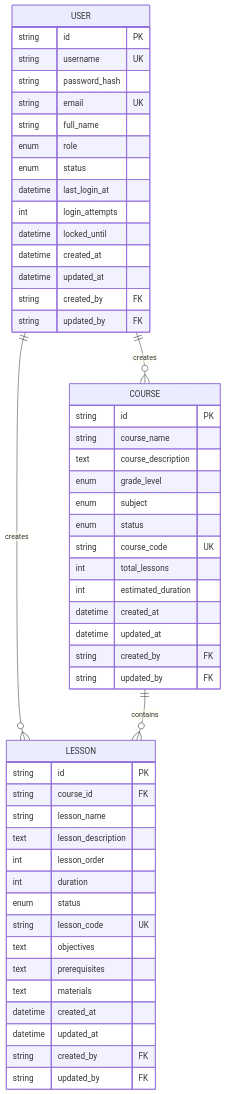
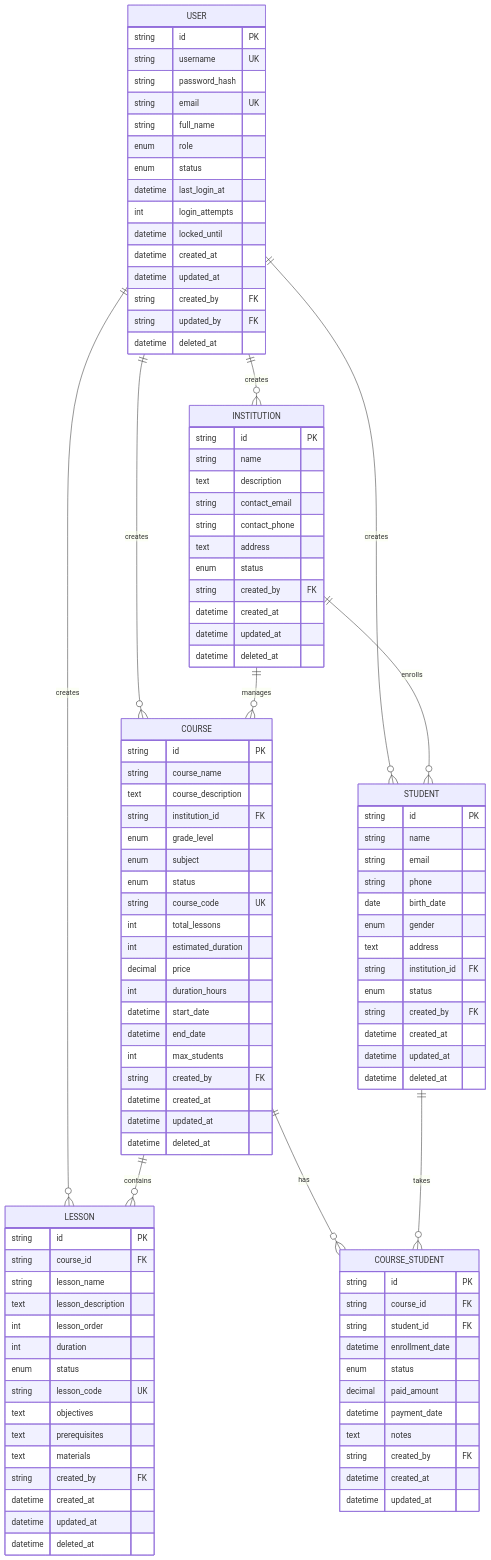
The diagram in .trae/documents/database_design.md (JamesWuVip/wanli-backend4), drawn with Mermaid before and after one commit. The commit also changed other lines of this file and 46 other files, not shown here.

````diff
--- a/.trae/documents/database_design.md
+++ b/.trae/documents/database_design.md
@@ -741,8 +114,14 @@
 ```mermaid
 erDiagram
+    USER ||--o{ INSTITUTION : creates
     USER ||--o{ COURSE : creates
     USER ||--o{ LESSON : creates
+    USER ||--o{ STUDENT : creates
+    INSTITUTION ||--o{ COURSE : manages
+    INSTITUTION ||--o{ STUDENT : enrolls
     COURSE ||--o{ LESSON : contains
+    COURSE ||--o{ COURSE_STUDENT : has
+    STUDENT ||--o{ COURSE_STUDENT : takes
     
     USER {
         string id PK
@@ -759,22 +138,43 @@
         datetime updated_at
         string created_by FK
         string updated_by FK
+        datetime deleted_at
+    }
+    
+    INSTITUTION {
+        string id PK
+        string name
+        text description
+        string contact_email
+        string contact_phone
+        text address
+        enum status
+        string created_by FK
+        datetime created_at
+        datetime updated_at
+        datetime deleted_at
     }
     
     COURSE {
         string id PK
         string course_name
         text course_description
+        string institution_id FK
         enum grade_level
         enum subject
         enum status
         string course_code UK
         int total_lessons
         int estimated_duration
+        decimal price
+        int duration_hours
+        datetime start_date
+        datetime end_date
+        int max_students
+        string created_by FK
         datetime created_at
         datetime updated_at
-        string created_by FK
-        string updated_by FK
+        datetime deleted_at
     }
     
     LESSON {
@@ -789,9 +189,39 @@
         text objectives
         text prerequisites
         text materials
+        string created_by FK
         datetime created_at
         datetime updated_at
+        datetime deleted_at
+    }
+    
+    STUDENT {
+        string id PK
+        string name
+        string email
+        string phone
+        date birth_date
+        enum gender
+        text address
+        string institution_id FK
+        enum status
         string created_by FK
-        string updated_by FK
+        datetime created_at
+        datetime updated_at
+        datetime deleted_at
+    }
+    
+    COURSE_STUDENT {
+        string id PK
+        string course_id FK
+        string student_id FK
+        datetime enrollment_date
+        enum status
+        decimal paid_amount
+        datetime payment_date
+        text notes
+        string created_by FK
+        datetime created_at
+        datetime updated_at
     }
 ```
````
